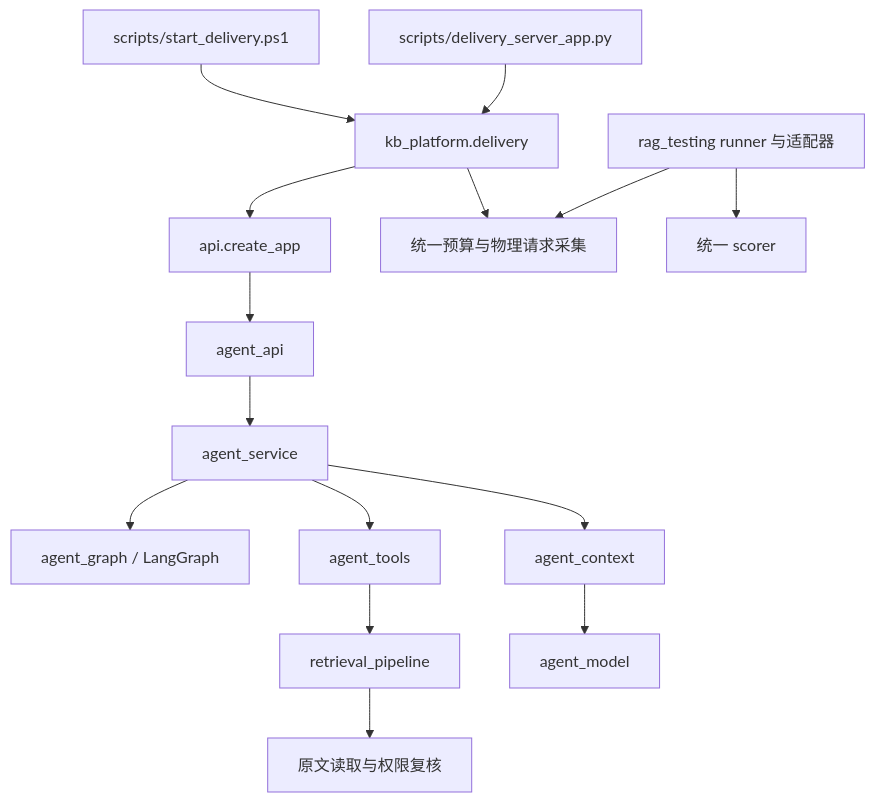
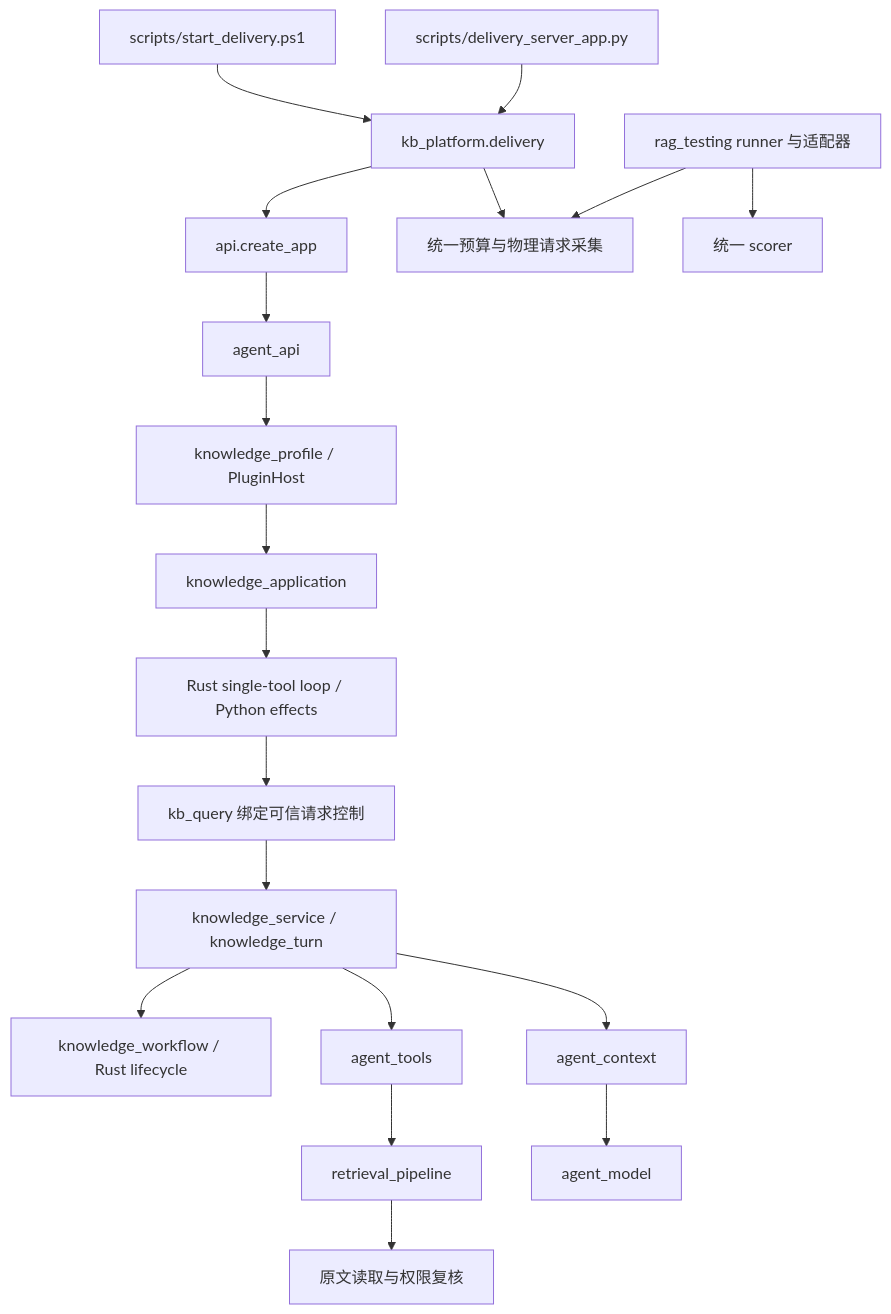
One commit to Hubujiu/evidence-kb changed the diagram in docs/architecture.md. Above: the diagram before and after it, drawn with Mermaid. The commit also changed other lines of this file and 82 other files, not shown here.

First line of the commit message:
refactor: introduce Rust plugin harness and decouple knowledge services (#10)

````diff
--- a/docs/architecture.md
+++ b/docs/architecture.md
@@ -9,17 +11,21 @@
 ```mermaid
 flowchart TD
     Launcher[scripts/start_delivery.ps1] --> Delivery[kb_platform.delivery]
     CLI[scripts/delivery_server_app.py] --> Delivery
     Delivery --> API[api.create_app]
     API --> Routes[agent_api]
-    Routes --> Agent[agent_service]
-    Agent --> Graph[agent_graph / LangGraph]
+    Routes --> Profile[knowledge_profile / PluginHost]
+    Profile --> Application[knowledge_application]
+    Application --> Loop[Rust single-tool loop / Python effects]
+    Loop --> Query[kb_query 绑定可信请求控制]
+    Query --> Agent[knowledge_service / knowledge_turn]
+    Agent --> Graph[knowledge_workflow / Rust lifecycle]
     Agent --> Gateway[agent_tools]
     Gateway --> Pipeline[retrieval_pipeline]
     Pipeline --> Evidence[原文读取与权限复核]
     Agent --> Context[agent_context]
     Context --> Model[agent_model]
     Delivery --> Shared[统一预算与物理请求采集]
     Eval[rag_testing runner 与适配器] --> Shared
     Eval --> Scorer[统一 scorer]
 ```
````
